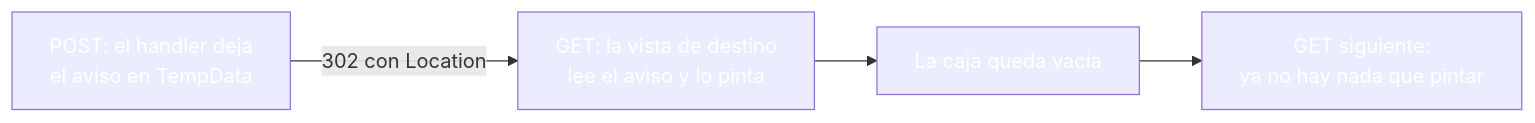
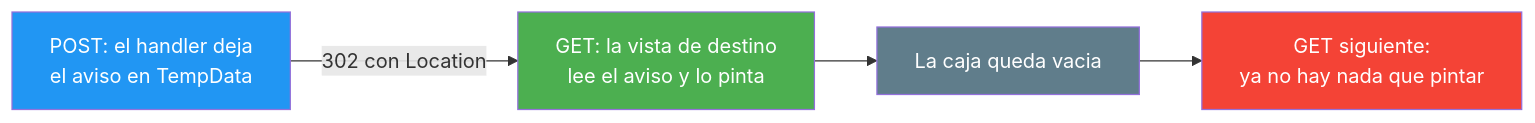
Before and after one commit to joseluisgs/DesarrolloWebEntornosServidor-03-2026-2027: the third of 4 diagrams in 17-estado-app.md, drawn with Mermaid. The commit also changed other lines of this file and 25 other files, not shown here.

Commit message:
docs: corregir los estilos Mermaid de los temas y alinear el dominio del tema 25 con ProductosApp

````diff
--- a/17-estado-app.md
+++ b/17-estado-app.md
@@ -206,10 +206,10 @@
 ```mermaid
 graph LR
     A["POST: el handler deja<br/>el aviso en TempData"] -->|"302 con Location"| B["GET: la vista de destino<br/>lee el aviso y lo pinta"]
     B --> C["La caja queda vacia"]
     C --> D["GET siguiente:<br/>ya no hay nada que pintar"]
-    style A fill:#2196F,color:#fff3,color:#fff
-    style B fill:#4CAF5,color:#fff0,color:#fff
-    style C fill:#607D8,color:#fffB,color:#fff
-    style D fill:#f4433,color:#fff6,color:#fff
+    style A fill:#2196F3,color:#fff
+    style B fill:#4CAF50,color:#fff
+    style C fill:#607D8B,color:#fff
+    style D fill:#f44336,color:#fff
 ```
````
